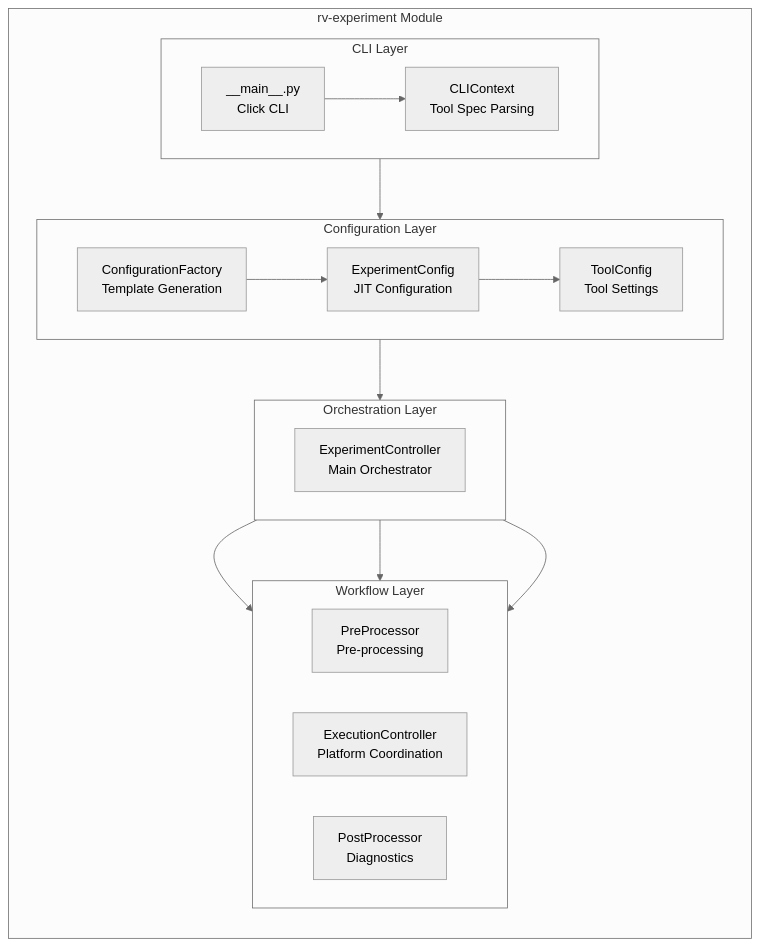
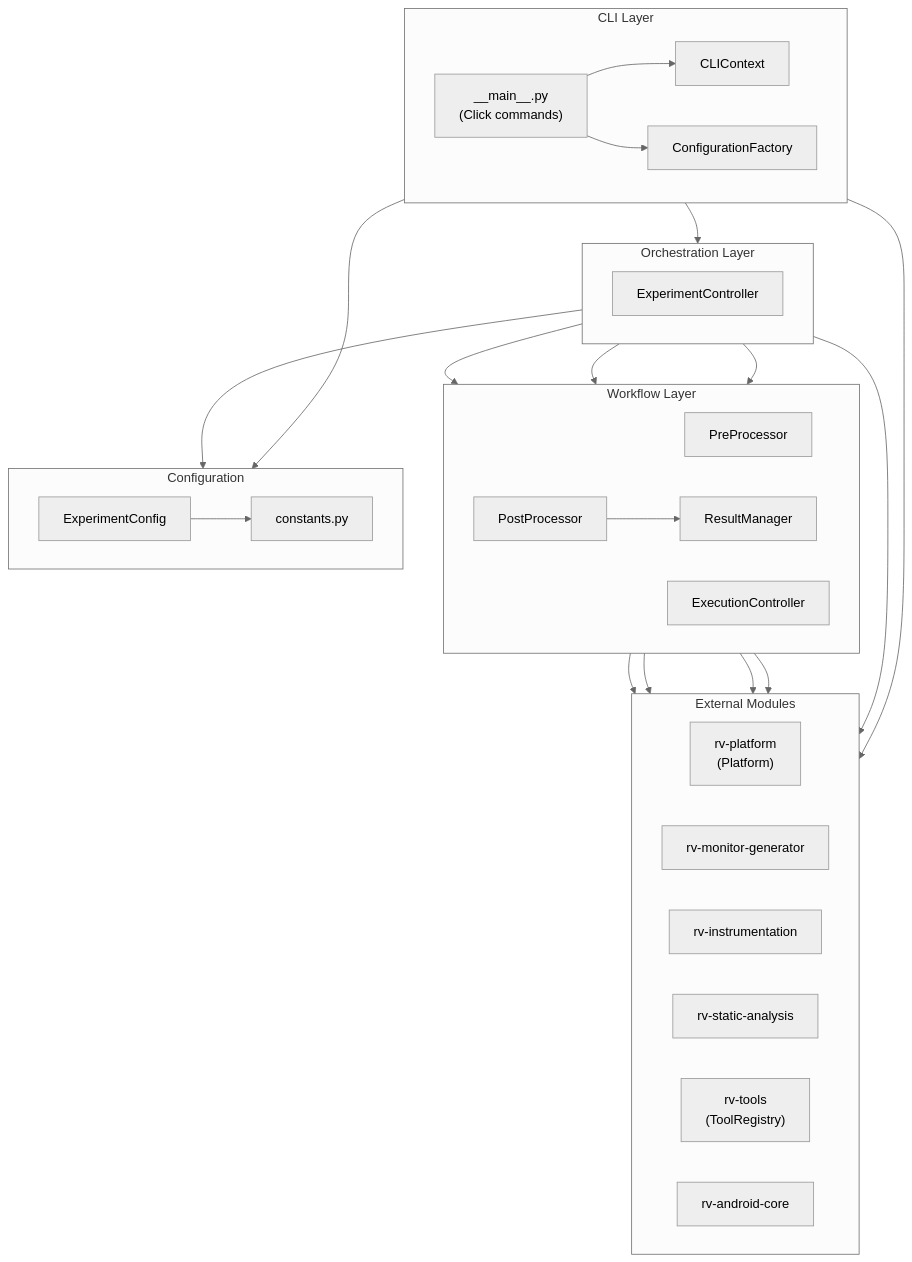
One commit to PAMunb/rvsec changed the first of 5 diagrams in rv-android/modules/rv-experiment/docs/architecture.md. Above: the diagram before and after it, drawn with Mermaid. The commit also changed other lines of this file and 7 other files, not shown here.

First line of the commit message:
test: add resume coverage for rv-platform and rv-experiment + update architecture docs

````diff
--- a/rv-android/modules/rv-experiment/docs/architecture.md
+++ b/rv-android/modules/rv-experiment/docs/architecture.md
@@ -75,41 +90,59 @@
 ```mermaid
 %%{init: {'theme': 'neutral'}}%%
 flowchart TB
-    subgraph rv_experiment["rv-experiment Module"]
-        direction TB
-
-        subgraph CLI_Layer["CLI Layer"]
-            direction LR
-            CLI["__main__.py<br/>Click CLI"]
-            CLIContext["CLIContext<br/>Tool Spec Parsing"]
-        end
-
-        subgraph Config_Layer["Configuration Layer"]
-            direction LR
-            ExpConfig["ExperimentConfig<br/>JIT Configuration"]
-            ConfigFactory["ConfigurationFactory<br/>Template Generation"]
-            ToolCfg["ToolConfig<br/>Tool Settings"]
-        end
-
-        subgraph Orchestration_Layer["Orchestration Layer"]
-            direction LR
-            ExpController["ExperimentController<br/>Main Orchestrator"]
-        end
-
-        subgraph Workflow_Layer["Workflow Layer"]
-            direction LR
-            PreProc["PreProcessor<br/>Pre-processing"]
-            ExecCtrl["ExecutionController<br/>Platform Coordination"]
-            PostProc["PostProcessor<br/>Diagnostics"]
-        end
+    subgraph CLI["CLI Layer"]
+        direction LR
+        MainCLI["__main__.py<br/>(Click commands)"]
+        CLICtx["CLIContext"]
+        ConfFactory["ConfigurationFactory"]
     end
 
-    CLI --> CLIContext
-    CLIContext --> ConfigFactory
-    ConfigFactory --> ExpConfig
-    ExpConfig --> ExpController
-    ExpController --> PreProc
-    ExpController --> ExecCtrl
-    ExpController --> PostProc
-    ExpConfig --> ToolCfg
+    subgraph Orchestration["Orchestration Layer"]
+        direction LR
+        ExpCtrl["ExperimentController"]
+    end
+
+    subgraph Workflow["Workflow Layer"]
+        direction LR
+        PreProc["PreProcessor"]
+        ExecCtrl["ExecutionController"]
+        PostProc["PostProcessor"]
+        ResMgr["ResultManager"]
+    end
+
+    subgraph ConfigLayer["Configuration"]
+        direction LR
+        ExpConfig["ExperimentConfig"]
+        ConstantsNode["constants.py"]
+    end
+
+    subgraph ExternalDeps["External Modules"]
+        direction LR
+        PlatformNode["rv-platform<br/>(Platform)"]
+        MonGen["rv-monitor-generator"]
+        InstrNode["rv-instrumentation"]
+        StaticA["rv-static-analysis"]
+        ToolsNode["rv-tools<br/>(ToolRegistry)"]
+        CoreNode["rv-android-core"]
+    end
+
+    MainCLI --> CLICtx
+    MainCLI --> ConfFactory
+    MainCLI --> ExpCtrl
+    ConfFactory --> ExpConfig
+
+    ExpCtrl --> PreProc
+    ExpCtrl --> ExecCtrl
+    ExpCtrl --> PostProc
+    PostProc --> ResMgr
+
+    PreProc --> MonGen
+    PreProc --> InstrNode
+    PreProc --> StaticA
+    ExecCtrl --> PlatformNode
+    MainCLI --> ToolsNode
+
+    ExpConfig --> ConstantsNode
+    ExpCtrl --> ExpConfig
+    ExpCtrl --> CoreNode
 ```
````
